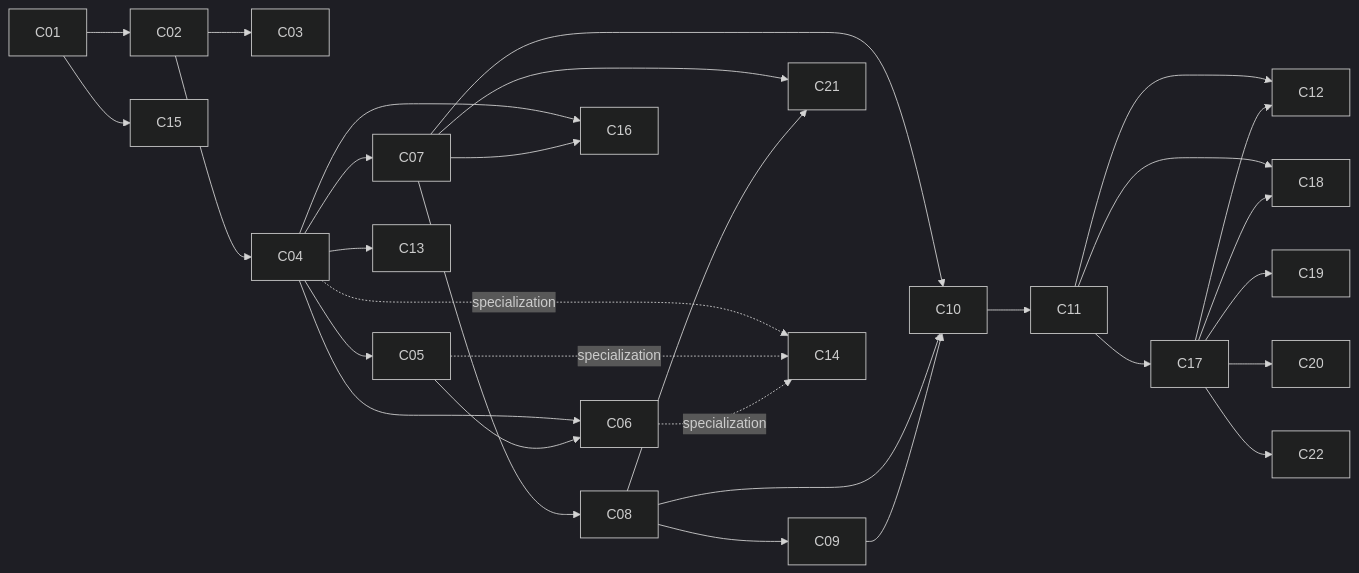
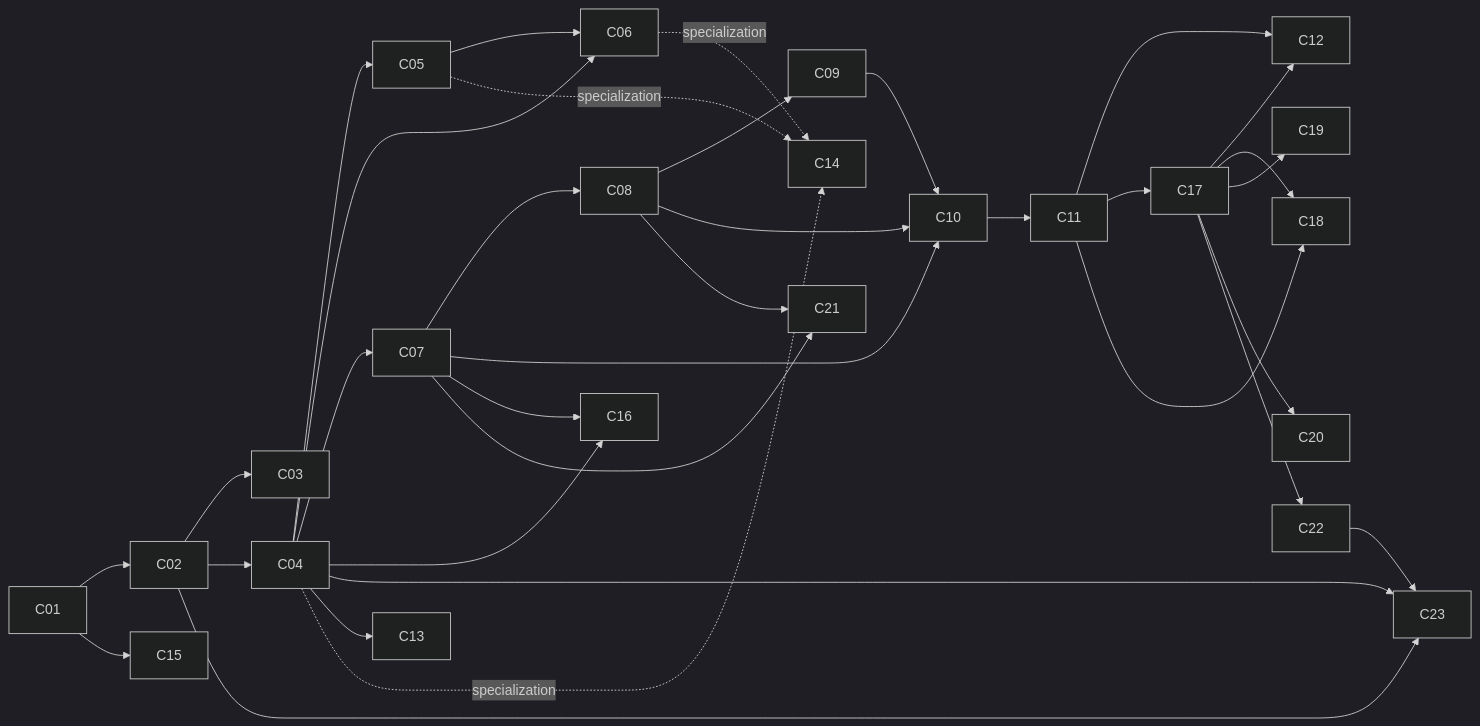
Before and after one commit to royvanrijn/jacobian-research: the diagram in notes/CLAIM_DEPENDENCY_GRAPH.md, drawn with Mermaid (dark theme). The commit also changed other lines of this file and 8 other files, not shown here.

````diff
--- a/notes/CLAIM_DEPENDENCY_GRAPH.md
+++ b/notes/CLAIM_DEPENDENCY_GRAPH.md
@@ -27,37 +27,40 @@
 ```mermaid
 flowchart LR
     C01 --> C02
     C02 --> C03
     C02 --> C04
 
     C04 --> C05
     C04 --> C06
     C04 --> C07
     C05 --> C06
     C07 --> C08
     C08 --> C09
     C07 --> C10
     C08 --> C10
     C09 --> C10
     C10 --> C11
 
     C11 --> C12
     C17 --> C12
     C04 --> C16
     C07 --> C16
     C11 --> C17
     C11 --> C18
     C17 --> C18
     C17 --> C19
     C17 --> C20
     C17 --> C22
+    C02 --> C23
+    C04 --> C23
+    C22 --> C23
 
     C07 --> C21
     C08 --> C21
 
     C04 --> C13
     C04 -. specialization .-> C14
     C05 -. specialization .-> C14
     C06 -. specialization .-> C14
     C01 --> C15
 ```
````
